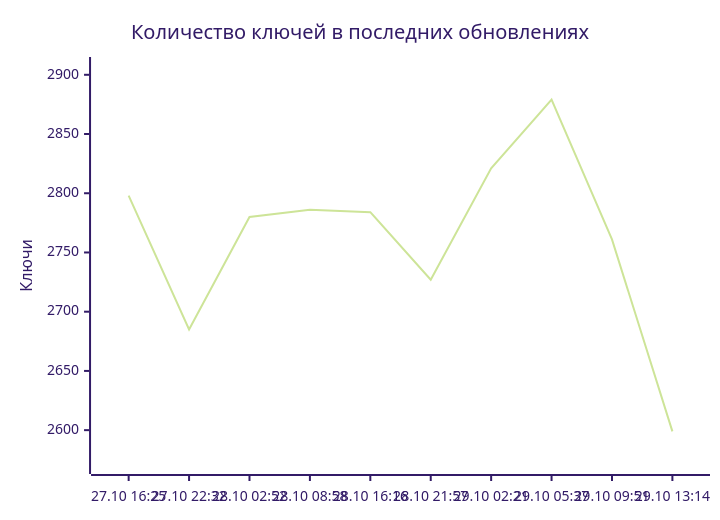
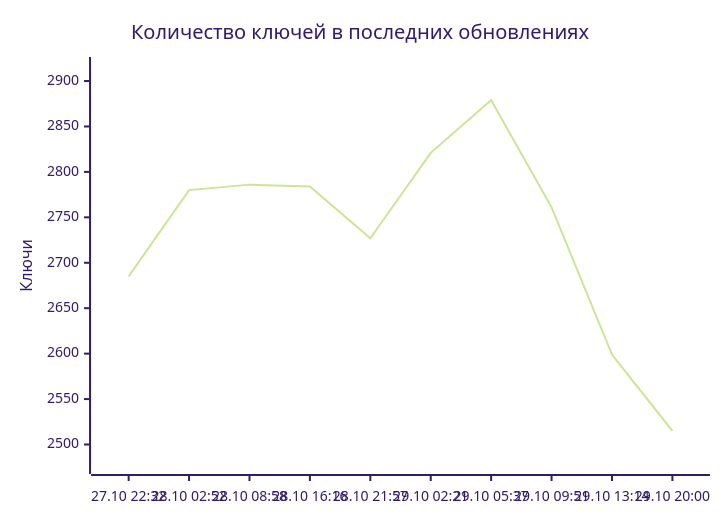
One commit to markKikhtenko/WireVeil changed the diagram in README.md. Above: the diagram before and after it, drawn with Mermaid (forest theme). The commit also changed other lines of this file and 12 other files, not shown here.

````diff
--- a/README.md
+++ b/README.md
@@ -55,7 +55,7 @@
 ```mermaid
 xychart-beta
     title "Количество ключей в последних обновлениях"
-    x-axis ["27.10 16:25", "27.10 22:32", "28.10 02:52", "28.10 08:58", "28.10 16:16", "28.10 21:57", "29.10 02:21", "29.10 05:37", "29.10 09:51", "29.10 13:14"]
-    y-axis "Ключи" 2571 --> 2907
-    line [2798, 2685, 2780, 2786, 2784, 2727, 2821, 2879, 2761, 2599]
+    x-axis ["27.10 22:32", "28.10 02:52", "28.10 08:58", "28.10 16:16", "28.10 21:57", "29.10 02:21", "29.10 05:37", "29.10 09:51", "29.10 13:14", "29.10 20:00"]
+    y-axis "Ключи" 2478 --> 2916
+    line [2685, 2780, 2786, 2784, 2727, 2821, 2879, 2761, 2599, 2515]
 ```
````
